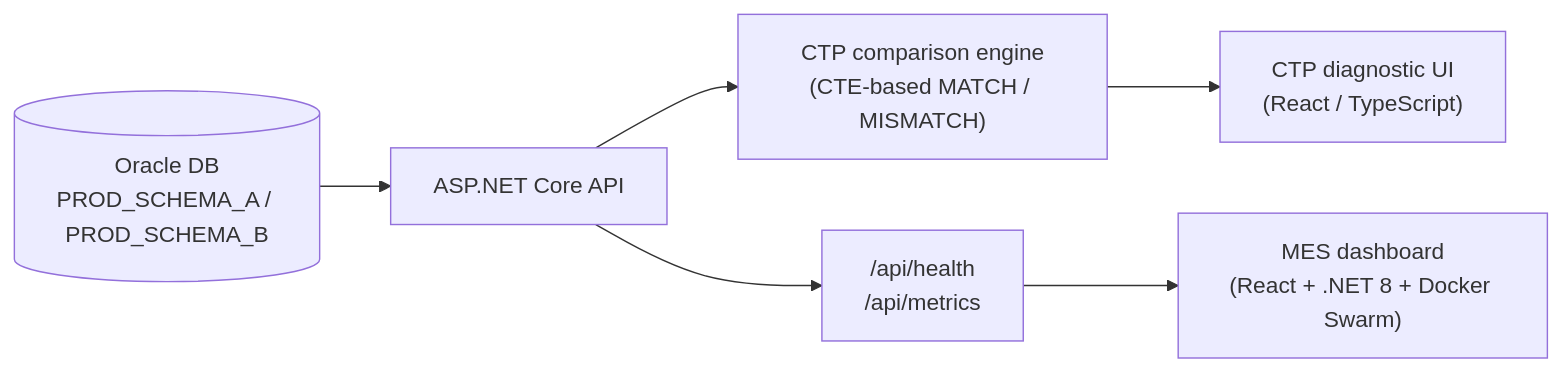
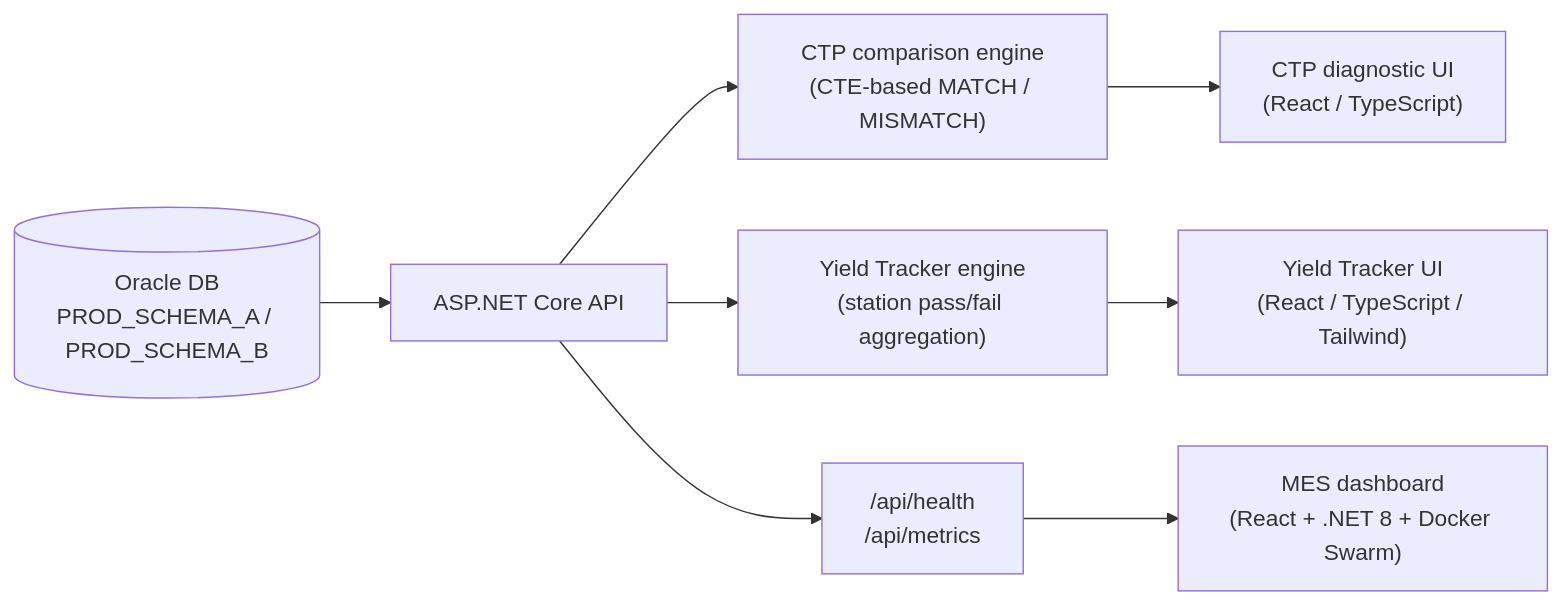
One commit to raven-clown/raven-clown changed the second of 4 diagrams in README.md. Above: the diagram before and after it, drawn with Mermaid. The commit also changed other lines of this file and 6 other files, not shown here.

Commit message:
Update portfolio: Yield Tracker Report, Snippet Manager, skill/language charts

````diff
--- a/README.md
+++ b/README.md
@@ -139,8 +146,10 @@
 ```mermaid
 flowchart LR
     Oracle[("Oracle DB\nPROD_SCHEMA_A / PROD_SCHEMA_B")] --> API["ASP.NET Core API"]
     API --> CTP["CTP comparison engine\n(CTE-based MATCH / MISMATCH)"]
+    API --> Yield["Yield Tracker engine\n(station pass/fail aggregation)"]
     API --> Metrics["/api/health\n/api/metrics"]
     CTP --> UI1["CTP diagnostic UI\n(React / TypeScript)"]
+    Yield --> UI3["Yield Tracker UI\n(React / TypeScript / Tailwind)"]
     Metrics --> UI2["MES dashboard\n(React + .NET 8 + Docker Swarm)"]
 ```
````
